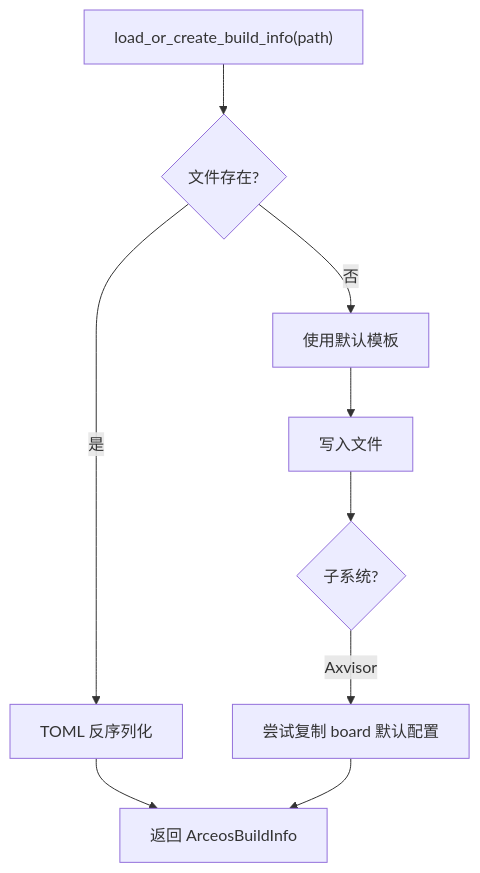
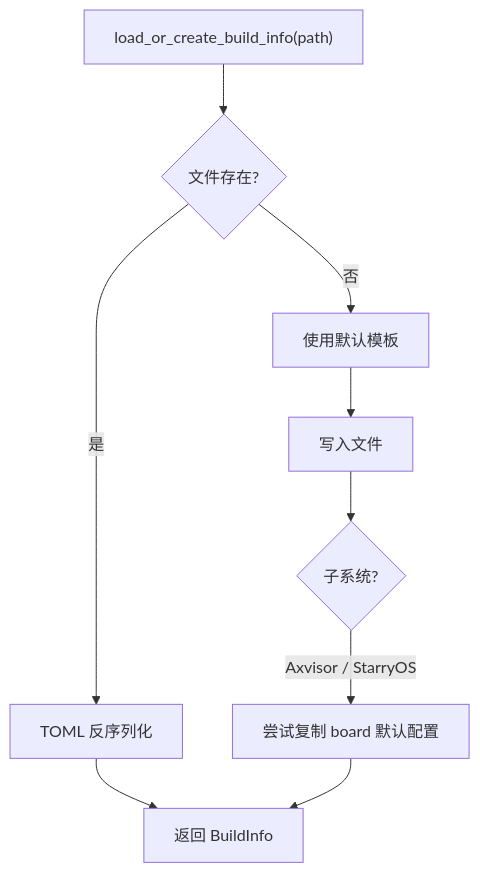
Before and after one commit to zKurisu/tgoskits: the third of 4 diagrams in docs/docs/build/configuration.md, drawn with Mermaid. The commit also changed other lines of this file and 9 other files, not shown here.

````diff
--- a/docs/docs/build/configuration.md
+++ b/docs/docs/build/configuration.md
@@ -176,11 +206,11 @@
 ```mermaid
 flowchart TD
     A["load_or_create_build_info(path)"] --> B{文件存在?}
     B -->|是| C["TOML 反序列化"]
     B -->|否| D["使用默认模板"]
     D --> E["写入文件"]
     E --> F{子系统?}
-    F -->|Axvisor| G["尝试复制 board 默认配置"]
-    C --> H["返回 ArceosBuildInfo"]
+    F -->|Axvisor / StarryOS| G["尝试复制 board 默认配置"]
+    C --> H["返回 BuildInfo"]
     G --> H
 ```
````
